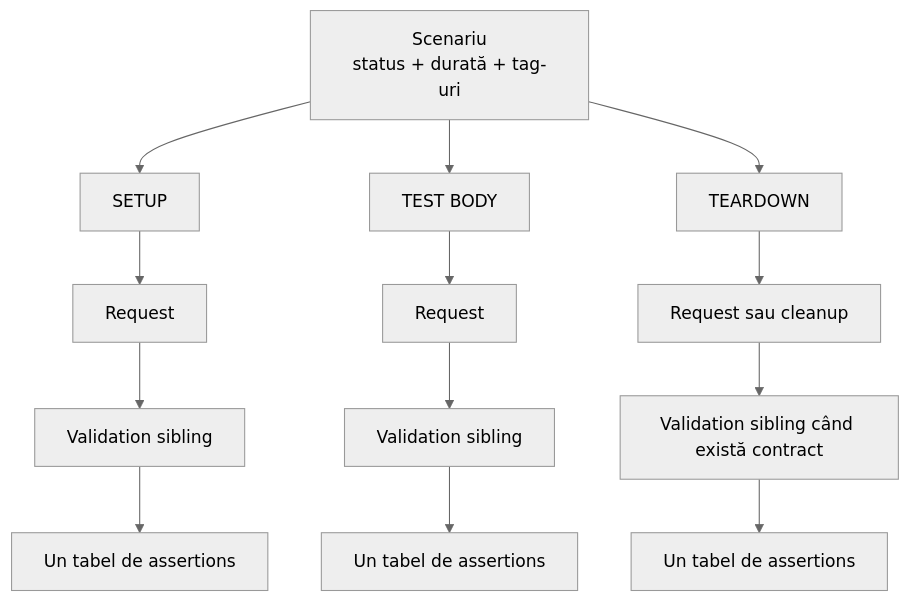
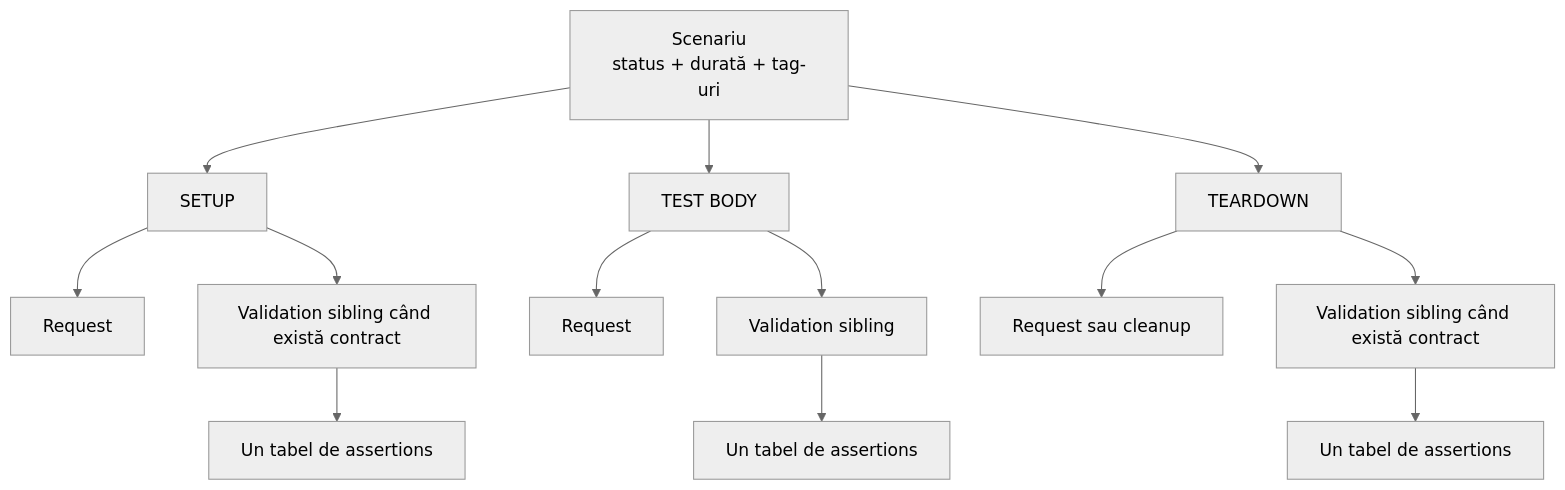
Before and after one commit to crististefanita/demo2: the first of 2 diagrams in docs/ATF_Reporting_Contract.md, drawn with Mermaid (neutral theme). The commit also changed other lines of this file and 38 other files, not shown here.

```diff
--- a/docs/ATF_Reporting_Contract.md
+++ b/docs/ATF_Reporting_Contract.md
@@ -28,15 +28,15 @@
 ~~~mermaid
 flowchart TD
     Scenario[Scenariu<br/>status + durată + tag-uri] --> Setup[SETUP]
     Scenario --> Body[TEST BODY]
     Scenario --> Teardown[TEARDOWN]
     Setup --> SR[Request]
     Body --> BR[Request]
     Teardown --> TR[Request sau cleanup]
-    SR --> SV[Validation sibling]
-    BR --> BV[Validation sibling]
-    TR --> TV[Validation sibling când există contract]
+    Setup --> SV[Validation sibling când există contract]
+    Body --> BV[Validation sibling]
+    Teardown --> TV[Validation sibling când există contract]
     SV --> ST[Un tabel de assertions]
     BV --> BT[Un tabel de assertions]
     TV --> TT[Un tabel de assertions]
 ~~~
```
